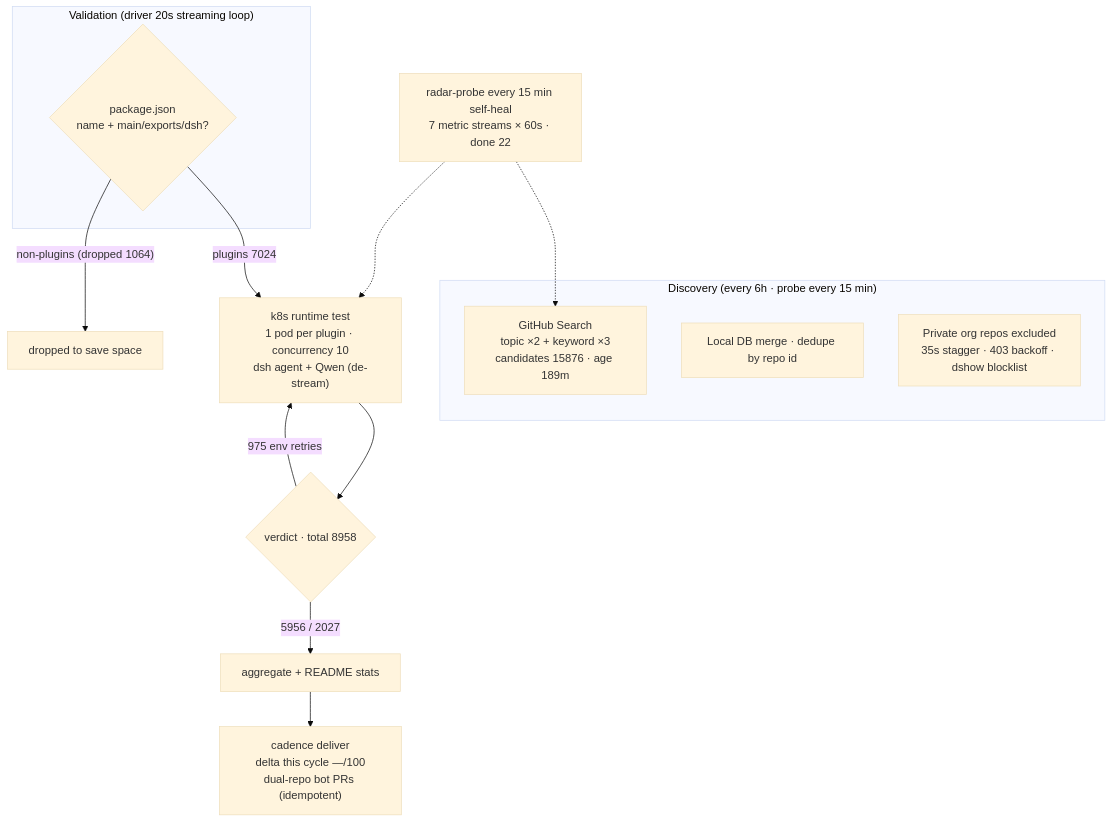
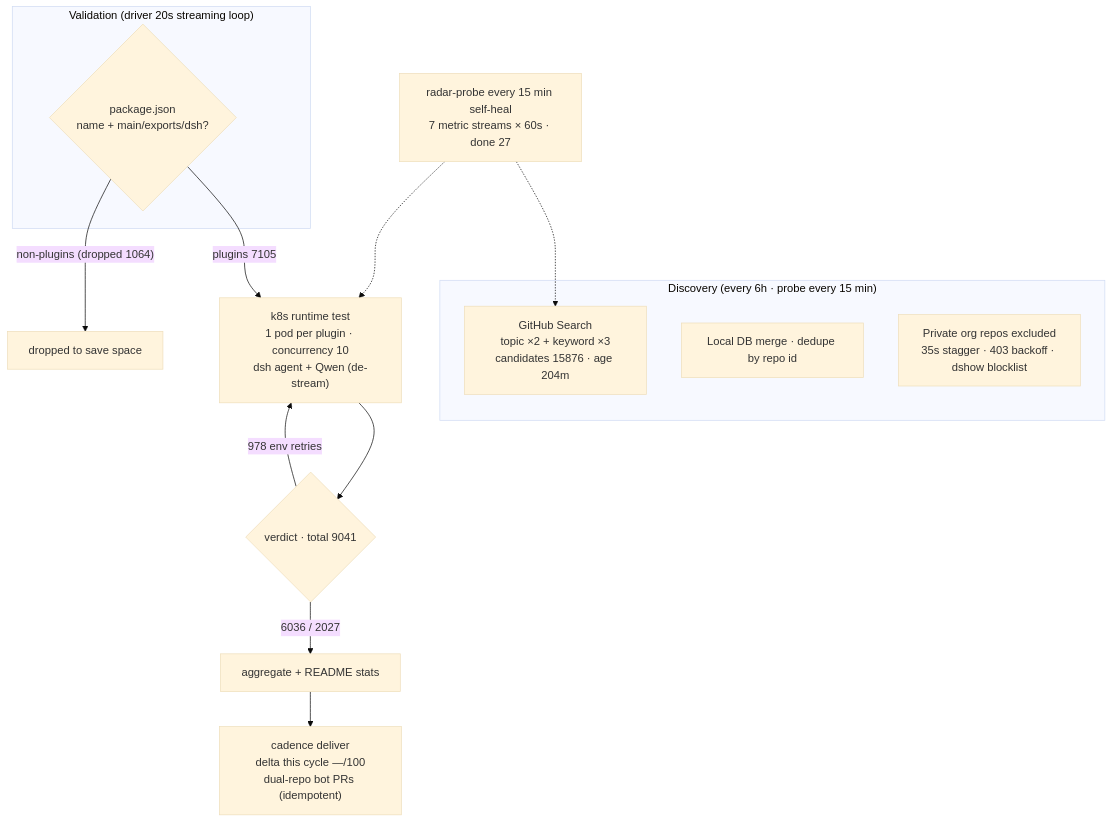
The diagram in README.en-US.md (AdamPlatin123/awesome-dsh-plugins), drawn with Mermaid (base theme) before and after one commit. The commit also changed other lines of this file and 4 other files, not shown here.

````diff
--- a/README.en-US.md
+++ b/README.en-US.md
@@ -30,20 +30,20 @@
 ```mermaid
 flowchart TB
     subgraph Discovery["Discovery (every 6h · probe every 15 min)"]
-        A1["GitHub Search<br/>topic ×2 + keyword ×3<br/>candidates 15876 · age 189m"]
+        A1["GitHub Search<br/>topic ×2 + keyword ×3<br/>candidates 15876 · age 204m"]
         A2["Local DB merge · dedupe by repo id"]
         A3["Private org repos excluded<br/>35s stagger · 403 backoff · dshow blocklist"]
     end
     subgraph Validation["Validation (driver 20s streaming loop)"]
         B1{"package.json<br/>name + main/exports/dsh?"}
     end
-    B1 -->|"plugins 7024"| C1["k8s runtime test<br/>1 pod per plugin · concurrency 10<br/>dsh agent + Qwen (de-stream)"]
+    B1 -->|"plugins 7105"| C1["k8s runtime test<br/>1 pod per plugin · concurrency 10<br/>dsh agent + Qwen (de-stream)"]
     B1 -->|"non-plugins (dropped 1064)"| B3["dropped to save space"]
-    C1 --> D1{"verdict · total 8958"}
-    D1 -->|"5956 / 2027"| E1["aggregate + README stats"]
-    D1 -->|"975 env retries"| C1
+    C1 --> D1{"verdict · total 9041"}
+    D1 -->|"6036 / 2027"| E1["aggregate + README stats"]
+    D1 -->|"978 env retries"| C1
     E1 --> E2["cadence deliver<br/>delta this cycle —/100<br/>dual-repo bot PRs (idempotent)"]
-    M["radar-probe every 15 min self-heal<br/>7 metric streams × 60s · done 22"]
+    M["radar-probe every 15 min self-heal<br/>7 metric streams × 60s · done 27"]
     M -.-> A1
     M -.-> C1
 ```
````
